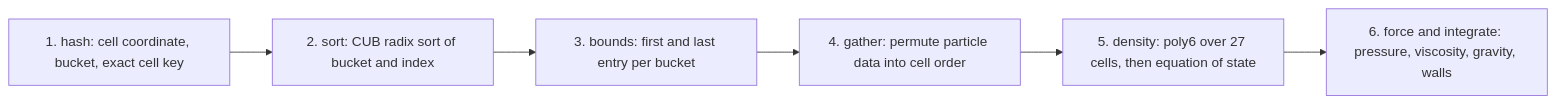
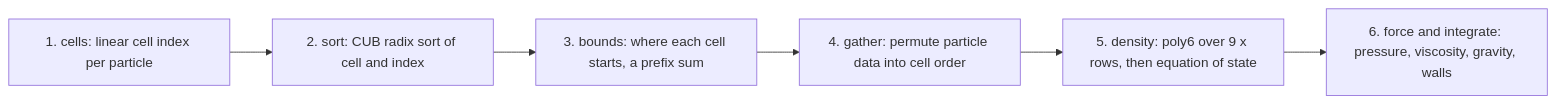
The third of 3 diagrams in docs/architecture.md (Olajide-Badejo/Particle-Physics-Simulation), drawn with Mermaid before and after one commit. The commit also changed other lines of this file and 35 other files, not shown here.

````diff
--- a/docs/architecture.md
+++ b/docs/architecture.md
@@ -134,8 +134,8 @@
 ```mermaid
 flowchart LR
-    H[1. hash: cell coordinate, bucket, exact cell key] --> S[2. sort: CUB radix sort of bucket and index]
-    S --> B[3. bounds: first and last entry per bucket]
+    H[1. cells: linear cell index per particle] --> S[2. sort: CUB radix sort of cell and index]
+    S --> B[3. bounds: where each cell starts, a prefix sum]
     B --> G[4. gather: permute particle data into cell order]
-    G --> D[5. density: poly6 over 27 cells, then equation of state]
+    G --> D[5. density: poly6 over 9 x rows, then equation of state]
     D --> F[6. force and integrate: pressure, viscosity, gravity, walls]
 ```
````
